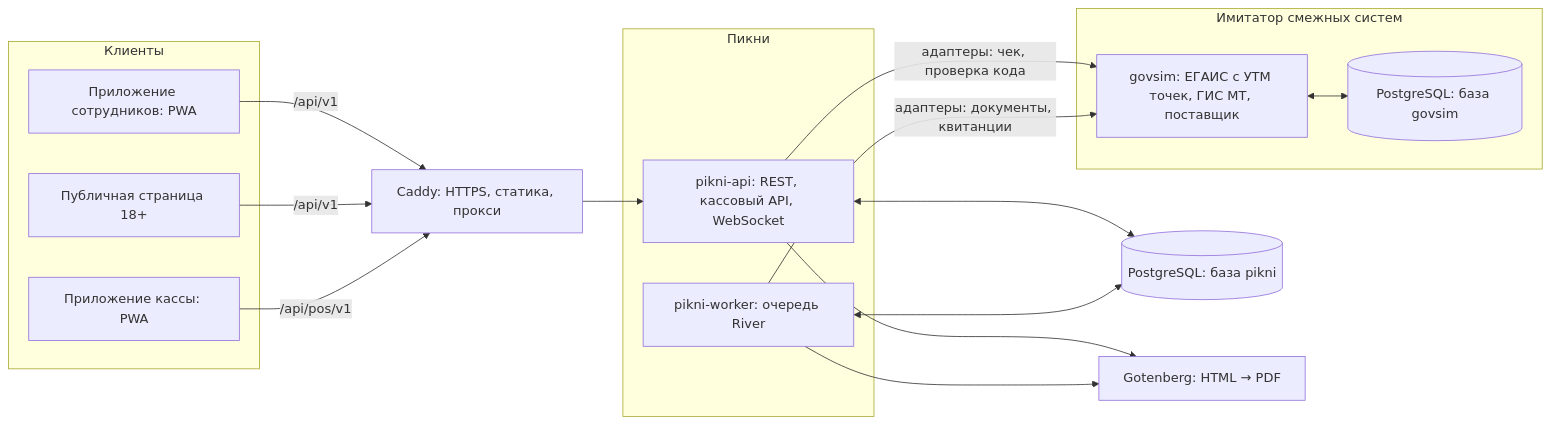
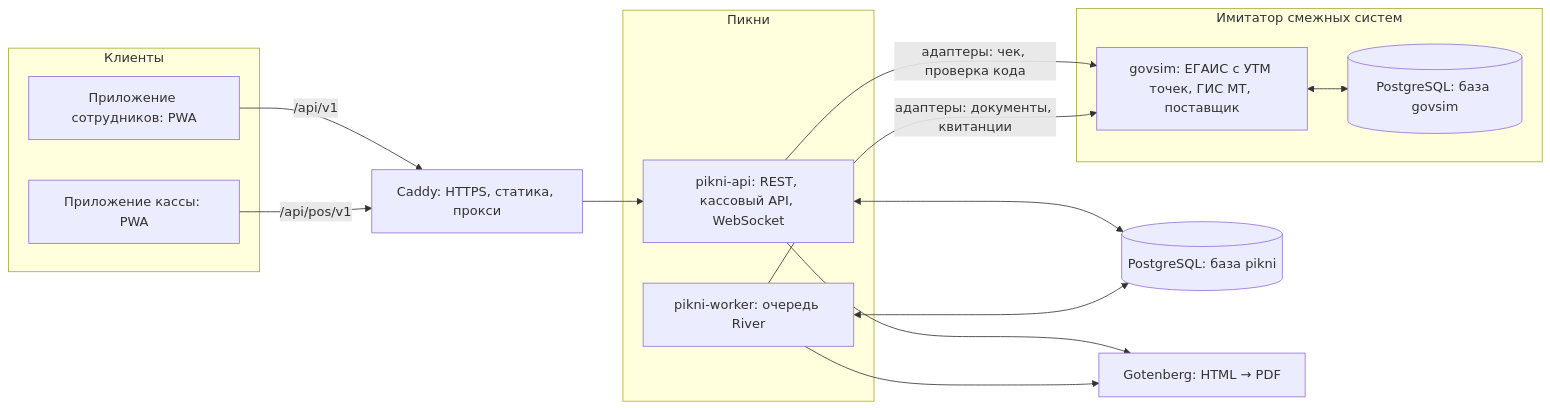
One commit to ADEXITUM/pikni changed the first of 6 diagrams in docs/design/backend.md. Above: the diagram before and after it, drawn with Mermaid. The commit also changed other lines of this file and 10 other files, not shown here.

````diff
--- a/docs/design/backend.md
+++ b/docs/design/backend.md
@@ -22,29 +22,28 @@
 ```mermaid
 flowchart LR
   subgraph Клиенты
     WEB[Приложение сотрудников: PWA]
     POS[Приложение кассы: PWA]
-    PUB[Публичная страница 18+]
   end
   C[Caddy: HTTPS, статика, прокси]
   subgraph Пикни
     API[pikni-api: REST, кассовый API, WebSocket]
     WRK[pikni-worker: очередь River]
   end
   DB[(PostgreSQL: база pikni)]
   G[Gotenberg: HTML → PDF]
   subgraph Имитатор смежных систем
     GS[govsim: ЕГАИС с УТМ точек, ГИС МТ, поставщик]
     GDB[(PostgreSQL: база govsim)]
   end
-  WEB & PUB -->|/api/v1| C
+  WEB -->|/api/v1| C
   POS -->|/api/pos/v1| C
   C --> API
   API <--> DB
   WRK <--> DB
   API --> G
   WRK --> G
   API -->|адаптеры: чек, проверка кода| GS
   WRK -->|адаптеры: документы, квитанции| GS
   GS <--> GDB
 ```
````
